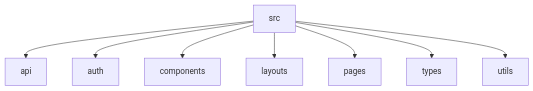
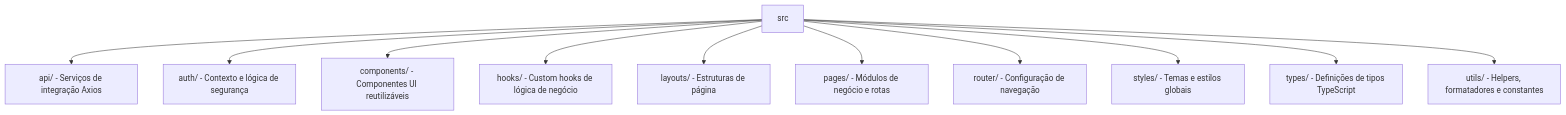
Before and after one commit to psifabiohenrique/practicare_frontend: the diagram in README.md, drawn with Mermaid. The commit also changed other lines of this file, not shown here.

Commit message:
docs: rewrite README to detail project architecture, AI features, and updated setup instructions

````diff
--- a/README.md
+++ b/README.md
@@ -67,11 +51,14 @@
 ```mermaid
 graph TD
     src[src]
-    src --> api[api]
-    src --> auth[auth]
-    src --> components[components]
-    src --> layouts[layouts]
-    src --> pages[pages]
-    src --> types[types]
-    src --> utils[utils]
+    src --> api[api/ - Serviços de integração Axios]
+    src --> auth[auth/ - Contexto e lógica de segurança]
+    src --> components[components/ - Componentes UI reutilizáveis]
+    src --> hooks[hooks/ - Custom hooks de lógica de negócio]
+    src --> layouts[layouts/ - Estruturas de página]
+    src --> pages[pages/ - Módulos de negócio e rotas]
+    src --> router[router/ - Configuração de navegação]
+    src --> styles[styles/ - Temas e estilos globais]
+    src --> types[types/ - Definições de tipos TypeScript]
+    src --> utils[utils/ - Helpers, formatadores e constantes]
 ```
````
